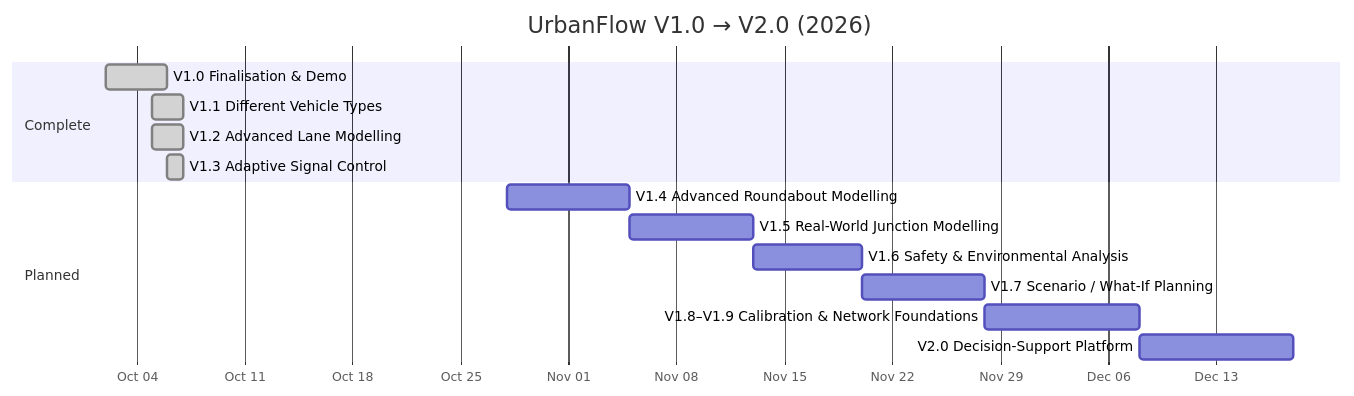
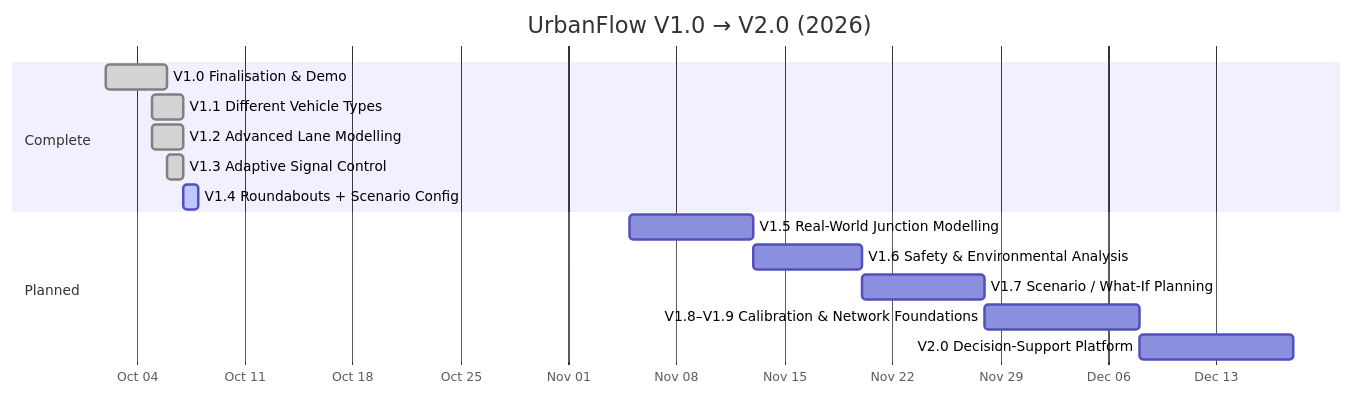
The third of 3 diagrams in docs/ROADMAP.md (Viraj281105/Traffic-Simulation), drawn with Mermaid before and after one commit. The commit also changed other lines of this file and 5 other files, not shown here.

````diff
--- a/docs/ROADMAP.md
+++ b/docs/ROADMAP.md
@@ -90,19 +90,19 @@
 ```mermaid
 gantt
     title UrbanFlow V1.0 → V2.0 (2026)
     dateFormat YYYY-MM-DD
     axisFormat %b %d
     section Complete
     V1.0 Finalisation & Demo                 :done,    v10, 2026-10-02, 4d
     V1.1 Different Vehicle Types             :done,    v11, 2026-10-05, 2d
     V1.2 Advanced Lane Modelling             :done,    v12, 2026-10-05, 2d
     V1.3 Adaptive Signal Control             :done,    v13, 2026-10-06, 1d
+    V1.4 Roundabouts + Scenario Config       :active,  v14, 2026-10-07, 1d
     section Upcoming
     section Planned
-    V1.4 Advanced Roundabout Modelling       :         v14, 2026-10-28, 8d
     V1.5 Real-World Junction Modelling       :         v15, 2026-11-05, 8d
     V1.6 Safety & Environmental Analysis     :         v16, 2026-11-13, 7d
     V1.7 Scenario / What-If Planning         :         v17, 2026-11-20, 8d
     V1.8–V1.9 Calibration & Network Foundations :      v18, 2026-11-28, 10d
     V2.0 Decision-Support Platform           :         v20, 2026-12-08, 10d
 ```
````
